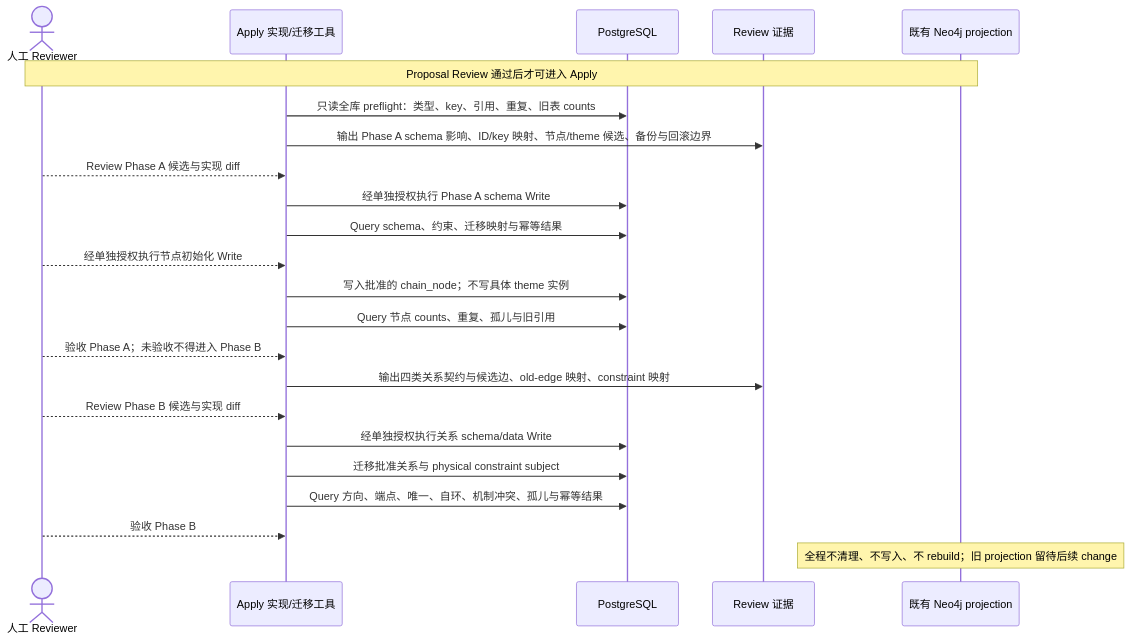
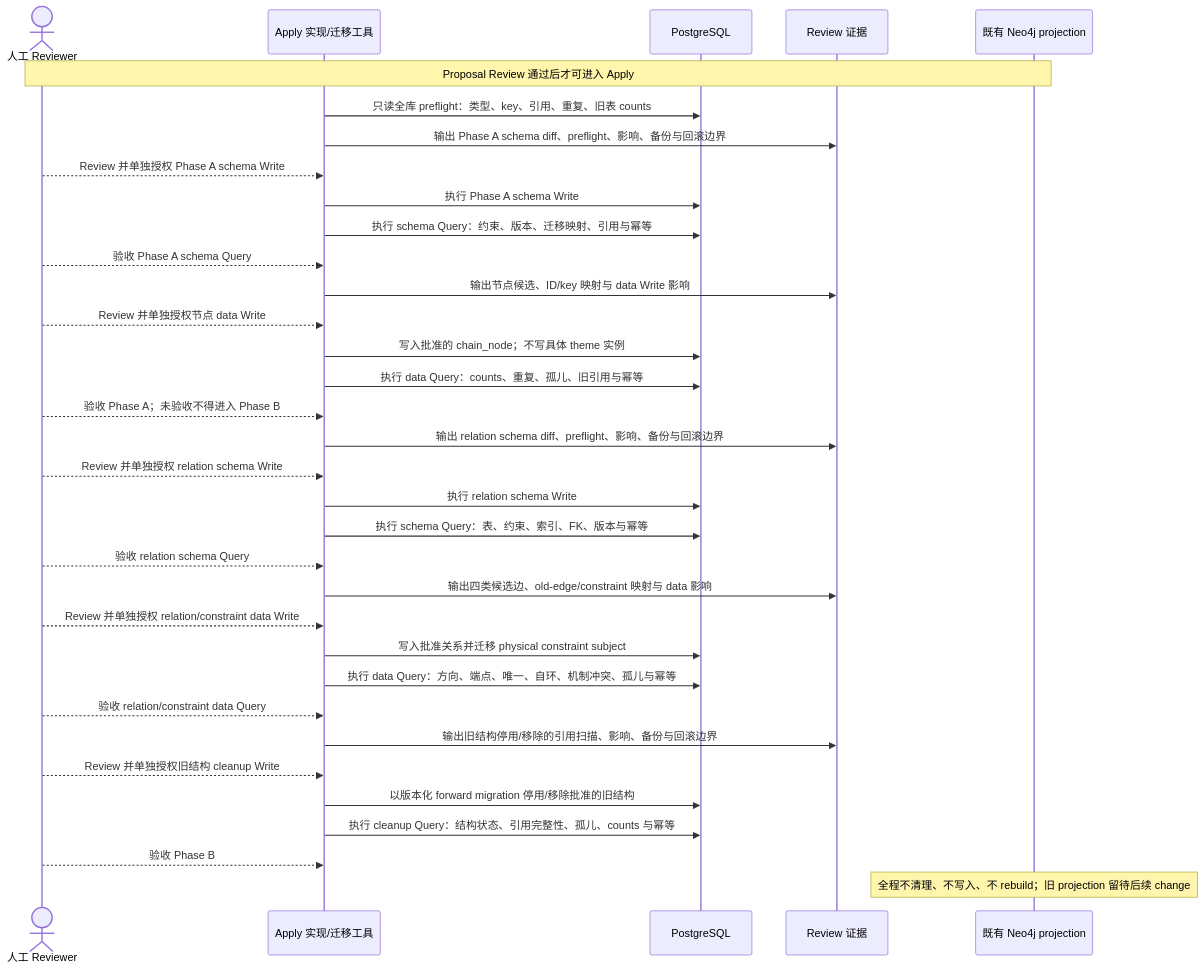
One commit to meierlink88/tidewise-ai changed the second of 2 diagrams in openspec/changes/refactor-industry-chain-node-foundation/design.md. Above: the diagram before and after it, drawn with Mermaid. The commit also changed other lines of this file and 3 other files, not shown here.

````diff
--- a/openspec/changes/refactor-industry-chain-node-foundation/design.md
+++ b/openspec/changes/refactor-industry-chain-node-foundation/design.md
@@ -174,26 +174,37 @@
 ```mermaid
 sequenceDiagram
     actor Reviewer as 人工 Reviewer
     participant Apply as Apply 实现/迁移工具
     participant PG as PostgreSQL
     participant Evidence as Review 证据
     participant Neo4j as 既有 Neo4j projection
 
     Note over Reviewer,Neo4j: Proposal Review 通过后才可进入 Apply
     Apply->>PG: 只读全库 preflight：类型、key、引用、重复、旧表 counts
-    Apply->>Evidence: 输出 Phase A schema 影响、ID/key 映射、节点/theme 候选、备份与回滚边界
-    Reviewer-->>Apply: Review Phase A 候选与实现 diff
-    Apply->>PG: 经单独授权执行 Phase A schema Write
-    Apply->>PG: Query schema、约束、迁移映射与幂等结果
-    Reviewer-->>Apply: 经单独授权执行节点初始化 Write
+    Apply->>Evidence: 输出 Phase A schema diff、preflight、影响、备份与回滚边界
+    Reviewer-->>Apply: Review 并单独授权 Phase A schema Write
+    Apply->>PG: 执行 Phase A schema Write
+    Apply->>PG: 执行 schema Query：约束、版本、迁移映射、引用与幂等
+    Reviewer-->>Apply: 验收 Phase A schema Query
+    Apply->>Evidence: 输出节点候选、ID/key 映射与 data Write 影响
+    Reviewer-->>Apply: Review 并单独授权节点 data Write
     Apply->>PG: 写入批准的 chain_node；不写具体 theme 实例
-    Apply->>PG: Query 节点 counts、重复、孤儿与旧引用
+    Apply->>PG: 执行 data Query：counts、重复、孤儿、旧引用与幂等
     Reviewer-->>Apply: 验收 Phase A；未验收不得进入 Phase B
-    Apply->>Evidence: 输出四类关系契约与候选边、old-edge 映射、constraint 映射
-    Reviewer-->>Apply: Review Phase B 候选与实现 diff
-    Apply->>PG: 经单独授权执行关系 schema/data Write
-    Apply->>PG: 迁移批准关系与 physical constraint subject
-    Apply->>PG: Query 方向、端点、唯一、自环、机制冲突、孤儿与幂等结果
+    Apply->>Evidence: 输出 relation schema diff、preflight、影响、备份与回滚边界
+    Reviewer-->>Apply: Review 并单独授权 relation schema Write
+    Apply->>PG: 执行 relation schema Write
+    Apply->>PG: 执行 schema Query：表、约束、索引、FK、版本与幂等
+    Reviewer-->>Apply: 验收 relation schema Query
+    Apply->>Evidence: 输出四类候选边、old-edge/constraint 映射与 data 影响
+    Reviewer-->>Apply: Review 并单独授权 relation/constraint data Write
+    Apply->>PG: 写入批准关系并迁移 physical constraint subject
+    Apply->>PG: 执行 data Query：方向、端点、唯一、自环、机制冲突、孤儿与幂等
+    Reviewer-->>Apply: 验收 relation/constraint data Query
+    Apply->>Evidence: 输出旧结构停用/移除的引用扫描、影响、备份与回滚边界
+    Reviewer-->>Apply: Review 并单独授权旧结构 cleanup Write
+    Apply->>PG: 以版本化 forward migration 停用/移除批准的旧结构
+    Apply->>PG: 执行 cleanup Query：结构状态、引用完整性、孤儿、counts 与幂等
     Reviewer-->>Apply: 验收 Phase B
     Note over Neo4j: 全程不清理、不写入、不 rebuild；旧 projection 留待后续 change
 ```
````
